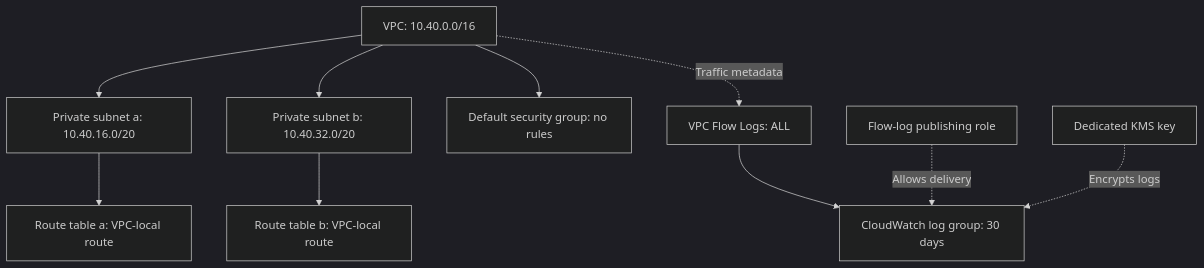
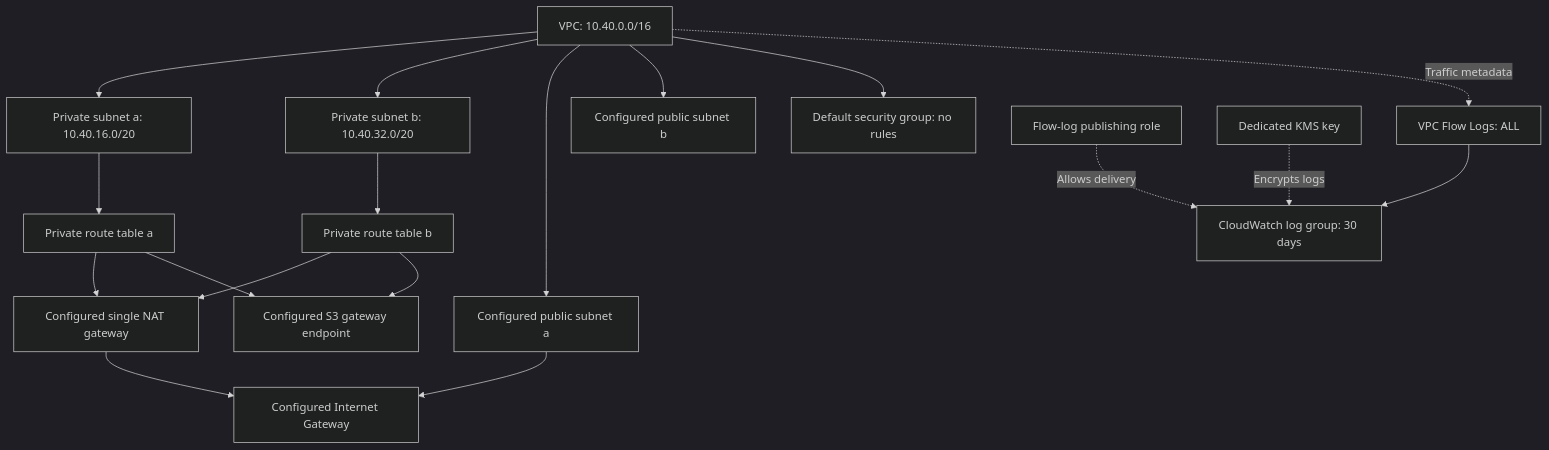
Before and after one commit to Ikteaja/aws-ai-infrastructure-platform: the second of 3 diagrams in infrastructure/terraform/modules/network/networking.md, drawn with Mermaid (dark theme). The commit also changed other lines of this file and 25 other files, not shown here.

````diff
--- a/infrastructure/terraform/modules/network/networking.md
+++ b/infrastructure/terraform/modules/network/networking.md
@@ -138,12 +158,20 @@
 ```mermaid
 flowchart TD
   V["VPC: 10.40.0.0/16"] --> A["Private subnet a: 10.40.16.0/20"]
   V --> B["Private subnet b: 10.40.32.0/20"]
-  A --> RA["Route table a: VPC-local route"]
-  B --> RB["Route table b: VPC-local route"]
+  A --> RA["Private route table a"]
+  B --> RB["Private route table b"]
+  RA --> NAT["Configured single NAT gateway"]
+  RB --> NAT
+  NAT --> IGW["Configured Internet Gateway"]
+  V --> PA["Configured public subnet a"]
+  V --> PB["Configured public subnet b"]
+  PA --> IGW
+  RA --> S3["Configured S3 gateway endpoint"]
+  RB --> S3
   V --> SG["Default security group: no rules"]
   V -. "Traffic metadata" .-> F["VPC Flow Logs: ALL"]
   F --> L["CloudWatch log group: 30 days"]
   I["Flow-log publishing role"] -. "Allows delivery" .-> L
   K["Dedicated KMS key"] -. "Encrypts logs" .-> L
 ```
````
